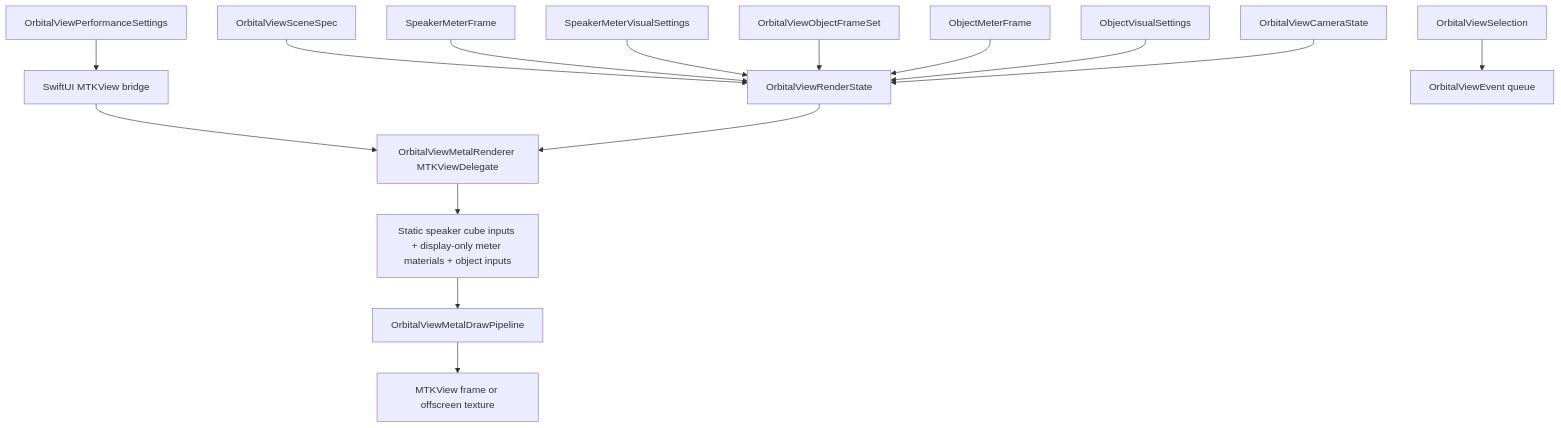
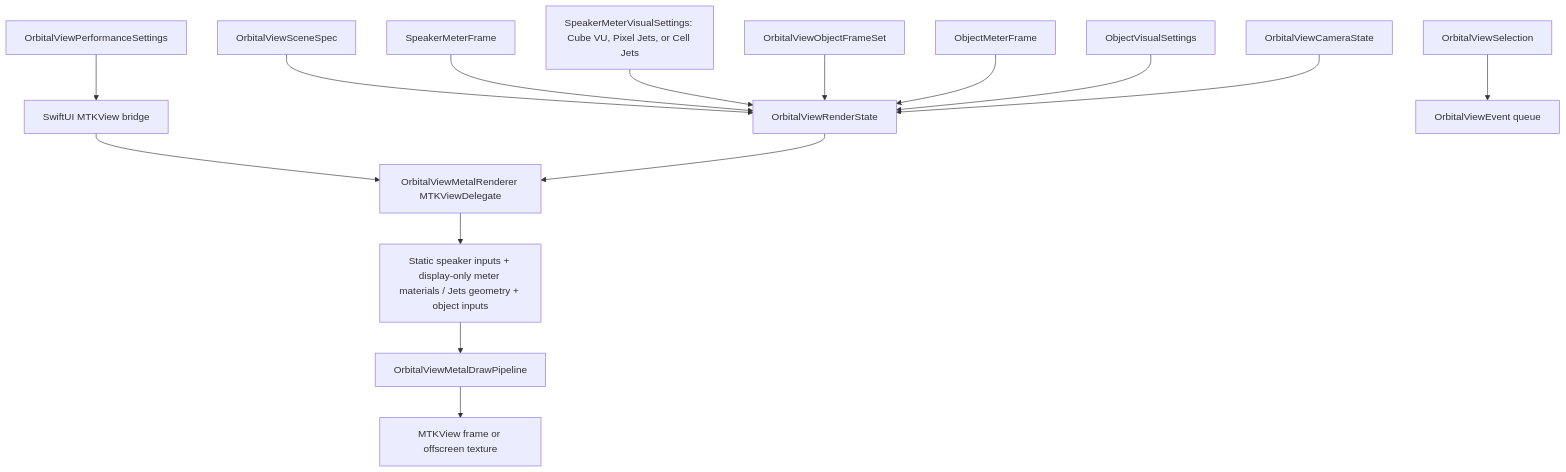
Before and after one commit to jebagu/orbital-view: the seventh of 20 diagrams in docs/system-flows.md, drawn with Mermaid. The commit also changed other lines of this file and 15 other files, not shown here.

````diff
--- a/docs/system-flows.md
+++ b/docs/system-flows.md
@@ -82,17 +82,17 @@
 ```mermaid
 flowchart TD
   Scene["OrbitalViewSceneSpec"] --> State["OrbitalViewRenderState"]
   Meters["SpeakerMeterFrame"] --> State
-  CubeSettings["SpeakerMeterVisualSettings"] --> State
+  VisualSettings["SpeakerMeterVisualSettings: Cube VU, Pixel Jets, or Cell Jets"] --> State
   Performance["OrbitalViewPerformanceSettings"] --> Wrapper["SwiftUI MTKView bridge"]
   ObjectFrames["OrbitalViewObjectFrameSet"] --> State
   ObjectMeters["ObjectMeterFrame"] --> State
   ObjectSettings["ObjectVisualSettings"] --> State
   Camera["OrbitalViewCameraState"] --> State
   Selection["OrbitalViewSelection"] --> Events["OrbitalViewEvent queue"]
   Wrapper --> Delegate
   State --> Delegate["OrbitalViewMetalRenderer MTKViewDelegate"]
-  Delegate --> Inputs["Static speaker cube inputs + display-only meter materials + object inputs"]
+  Delegate --> Inputs["Static speaker inputs + display-only meter materials / Jets geometry + object inputs"]
   Inputs --> Pipeline["OrbitalViewMetalDrawPipeline"]
   Pipeline --> Frame["MTKView frame or offscreen texture"]
 ```
````
